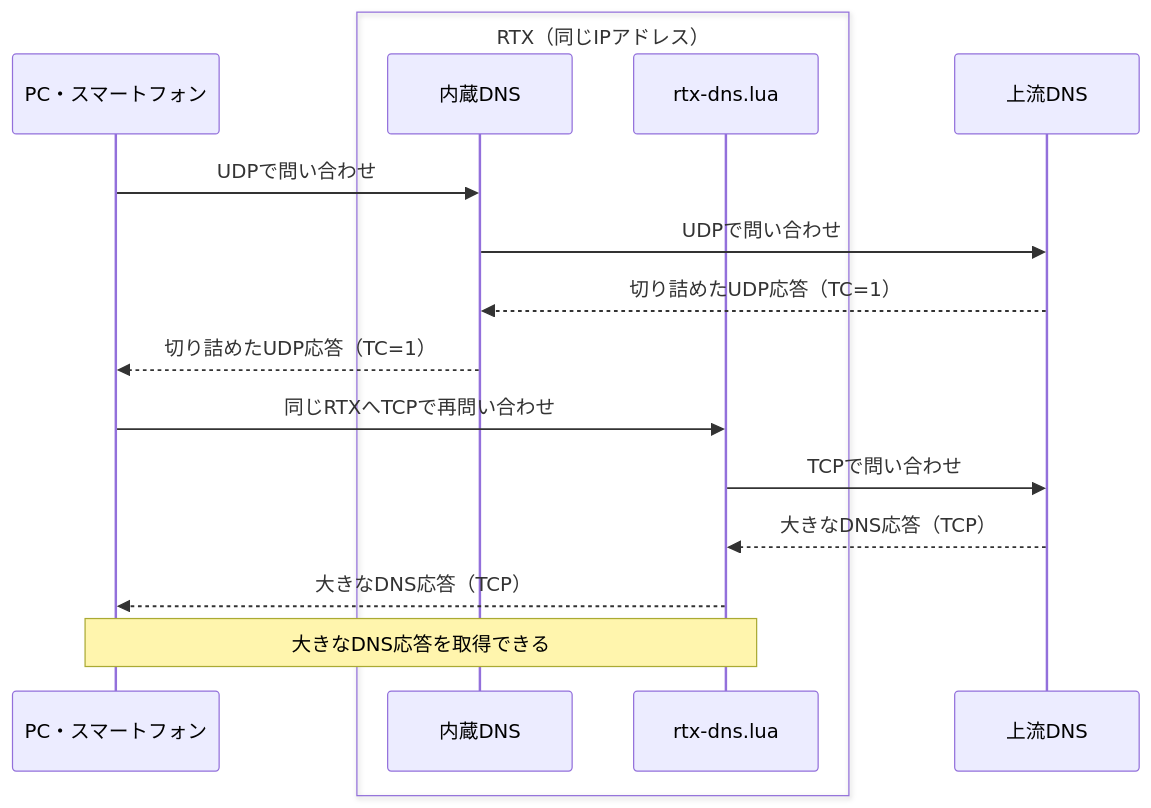
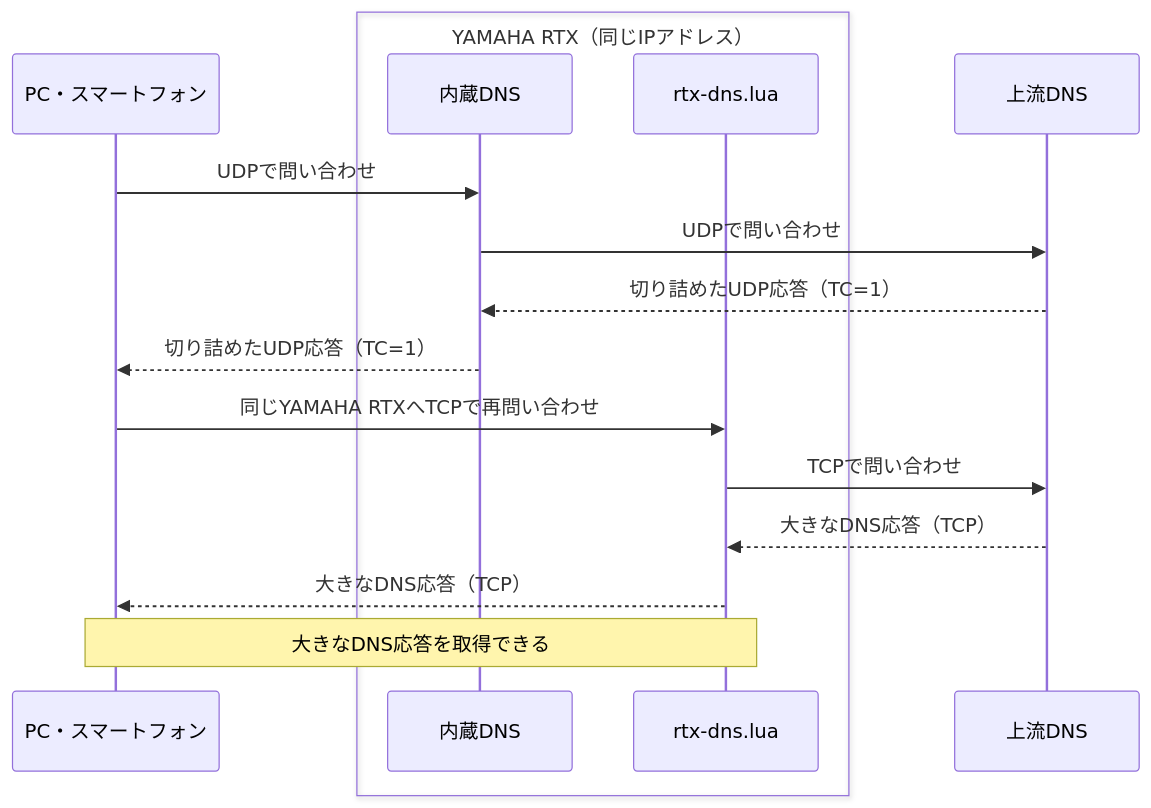
The first of 2 diagrams in README.md (Yamar50/rtx-dns-tcp-lua), drawn with Mermaid before and after one commit. The commit also changed other lines of this file, not shown here.

Commit message:
docs: use YAMAHA RTX consistently in README text and diagrams

````diff
--- a/README.md
+++ b/README.md
@@ -18,18 +18,18 @@
 ```mermaid
 sequenceDiagram
     participant Client as PC・スマートフォン
-    box RTX（同じIPアドレス）
+    box YAMAHA RTX（同じIPアドレス）
         participant Native as 内蔵DNS
         participant Lua as rtx-dns.lua
     end
     participant Upstream as 上流DNS
     Client->>Native: UDPで問い合わせ
     Native->>Upstream: UDPで問い合わせ
     Upstream-->>Native: 切り詰めたUDP応答（TC=1）
     Native-->>Client: 切り詰めたUDP応答（TC=1）
-    Client->>Lua: 同じRTXへTCPで再問い合わせ
+    Client->>Lua: 同じYAMAHA RTXへTCPで再問い合わせ
     Lua->>Upstream: TCPで問い合わせ
     Upstream-->>Lua: 大きなDNS応答（TCP）
     Lua-->>Client: 大きなDNS応答（TCP）
     Note over Client,Lua: 大きなDNS応答を取得できる
 ```
````
